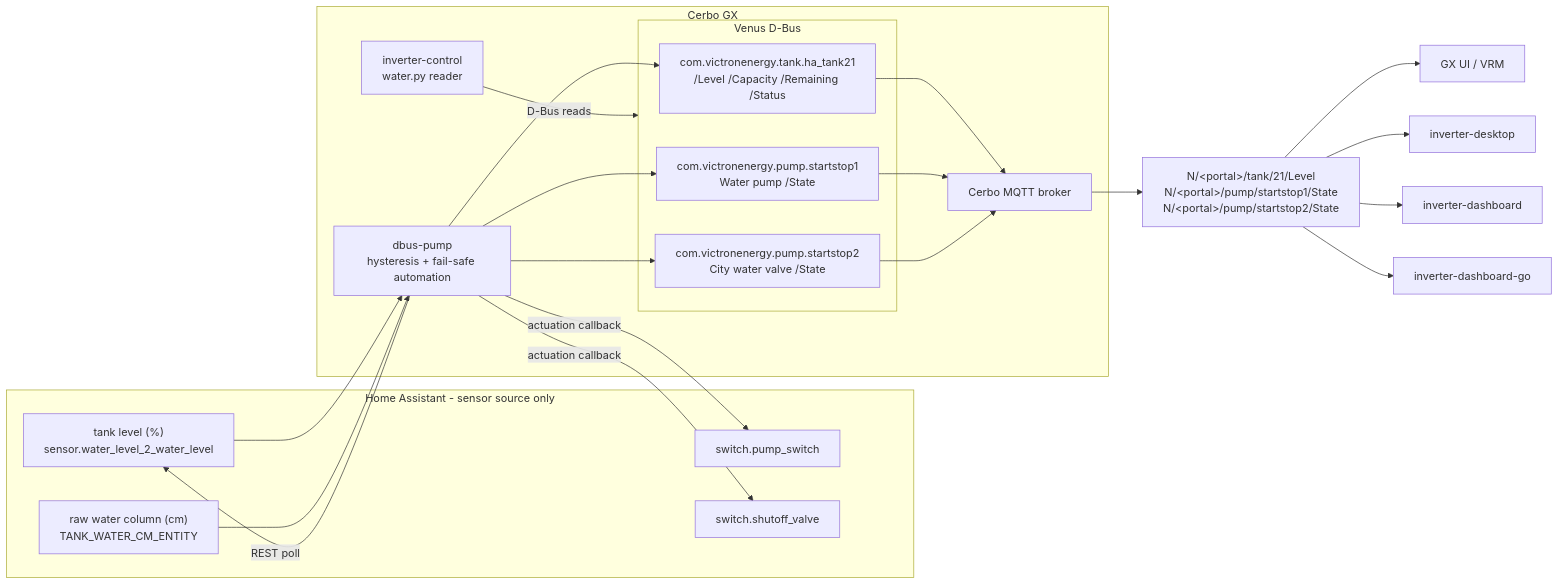
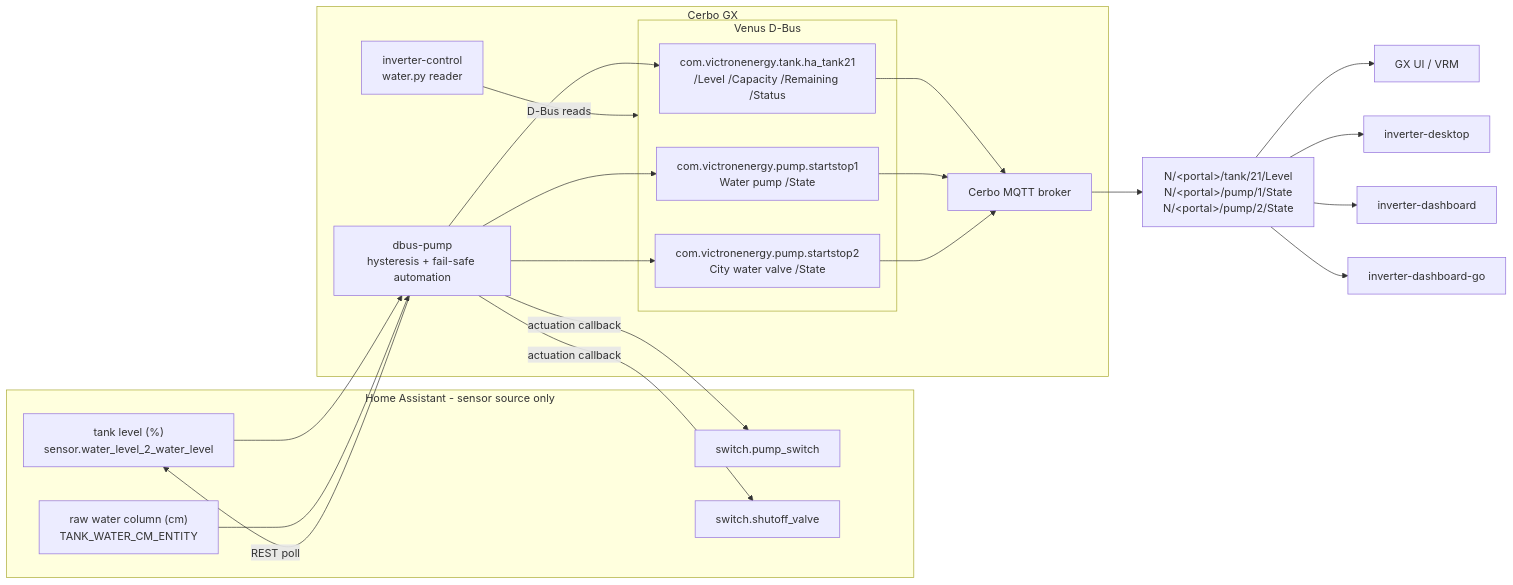
Before and after one commit to victron-venus/dbus-pump: the first of 2 diagrams in README.md, drawn with Mermaid. The commit also changed other lines of this file, not shown here.

Commit message:
docs: real Cerbo MQTT topic shape is pump/<instance>/State

````diff
--- a/README.md
+++ b/README.md
@@ -26,42 +26,42 @@
 ```mermaid
 flowchart LR
     subgraph HAS["Home Assistant - sensor source only"]
         LVL["tank level (%)<br/>sensor.water_level_2_water_level"]
         CM["raw water column (cm)<br/>TANK_WATER_CM_ENTITY"]
         PSW["switch.pump_switch"]
         VSW["switch.shutoff_valve"]
     end
 
     subgraph GX["Cerbo GX"]
         DP["dbus-pump<br/>hysteresis + fail-safe automation"]
         subgraph DBUS["Venus D-Bus"]
             TANK["com.victronenergy.tank.ha_tank21<br/>/Level /Capacity /Remaining /Status"]
             PUMP["com.victronenergy.pump.startstop1<br/>Water pump /State"]
             VALVE["com.victronenergy.pump.startstop2<br/>City water valve /State"]
         end
         MQB["Cerbo MQTT broker"]
         CTRL["inverter-control<br/>water.py reader"]
     end
 
-    TOPICS["N/&lt;portal&gt;/tank/21/Level<br/>N/&lt;portal&gt;/pump/startstop1/State<br/>N/&lt;portal&gt;/pump/startstop2/State"]
+    TOPICS["N/&lt;portal&gt;/tank/21/Level<br/>N/&lt;portal&gt;/pump/1/State<br/>N/&lt;portal&gt;/pump/2/State"]
 
     LVL --> DP
     CM --> DP
     DP -- REST poll --> LVL
     DP -- actuation callback --> PSW
     DP -- actuation callback --> VSW
 
     DP --> TANK
     DP --> PUMP
     DP --> VALVE
     TANK --> MQB
     PUMP --> MQB
     VALVE --> MQB
 
     CTRL -- D-Bus reads --> DBUS
     MQB --> TOPICS
     TOPICS --> GXUI["GX UI / VRM"]
     TOPICS --> DESK["inverter-desktop"]
     TOPICS --> PYDASH["inverter-dashboard"]
     TOPICS --> GODASH["inverter-dashboard-go"]
 ```
````
